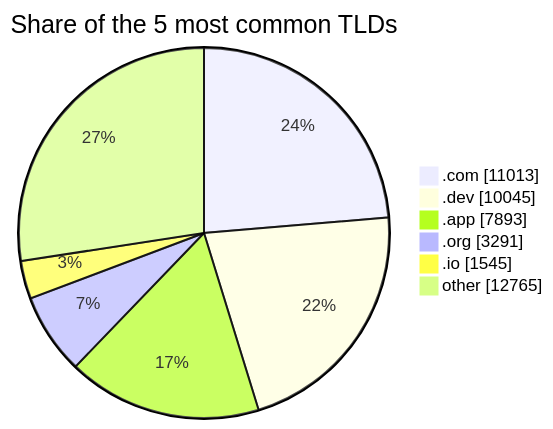
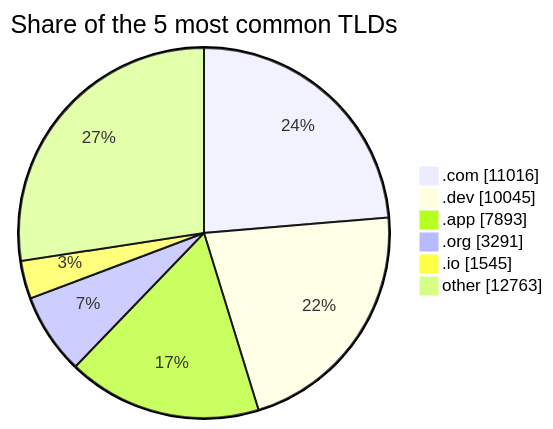
Before and after one commit to DNSBunker/CTI: the third of 3 diagrams in README.md, drawn with Mermaid. The commit also changed other lines of this file and 3 other files, not shown here.

````diff
--- a/README.md
+++ b/README.md
@@ -81,9 +81,9 @@
 ```mermaid
 pie showData title Share of the 5 most common TLDs
-    ".com" : 11013
+    ".com" : 11016
     ".dev" : 10045
     ".app" : 7893
     ".org" : 3291
     ".io" : 1545
-    "other" : 12765
+    "other" : 12763
 ```
````
